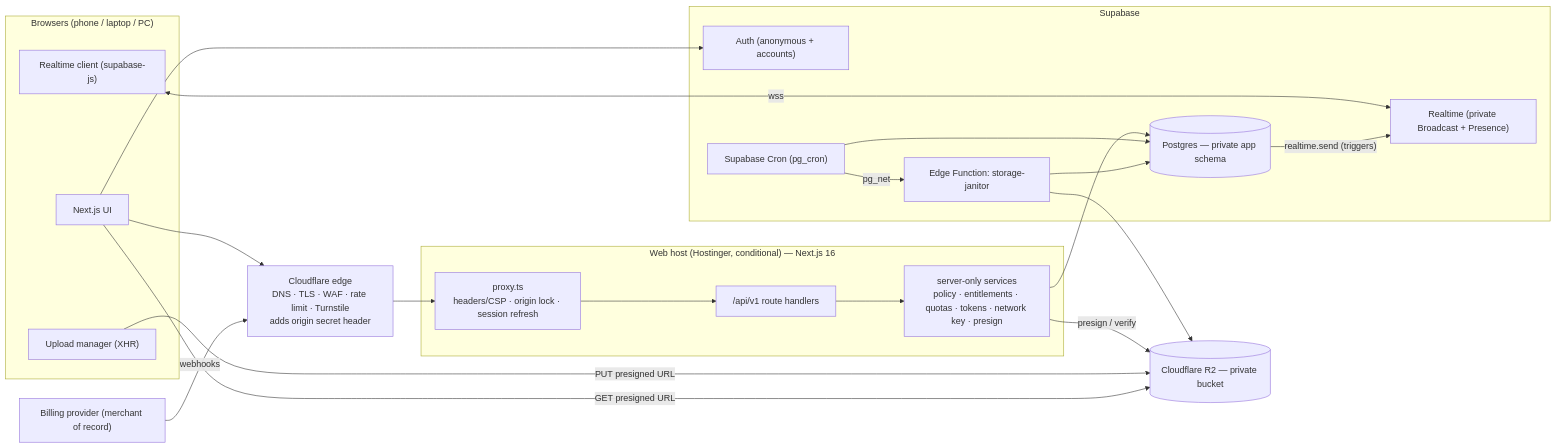
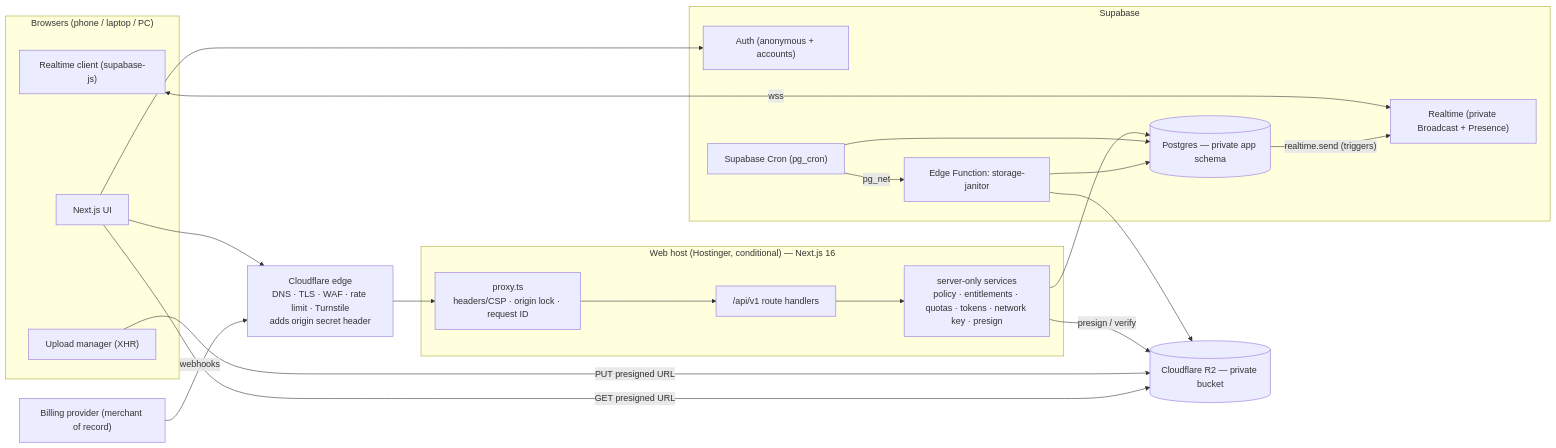
One commit to waqas-gul/local-saver changed the diagram in project-docs-workthrough/00-project-overview.md. Above: the diagram before and after it, drawn with Mermaid. The commit also changed 13 other files, not shown here.

````diff
--- a/project-docs-workthrough/00-project-overview.md
+++ b/project-docs-workthrough/00-project-overview.md
@@ -82,37 +82,37 @@
 ```mermaid
 flowchart LR
   subgraph Devices["Browsers (phone / laptop / PC)"]
     UI["Next.js UI"]
     UPL["Upload manager (XHR)"]
     RTC["Realtime client (supabase-js)"]
   end
   CF["Cloudflare edge<br/>DNS · TLS · WAF · rate limit · Turnstile<br/>adds origin secret header"]
   subgraph WEB["Web host (Hostinger, conditional) — Next.js 16"]
-    PX["proxy.ts<br/>headers/CSP · origin lock · session refresh"]
+    PX["proxy.ts<br/>headers/CSP · origin lock · request ID"]
     API["/api/v1 route handlers"]
     SVC["server-only services<br/>policy · entitlements · quotas · tokens · network key · presign"]
   end
   subgraph SB["Supabase"]
     AUTH["Auth (anonymous + accounts)"]
     PG[("Postgres — private app schema")]
     RT["Realtime (private Broadcast + Presence)"]
     CRON["Supabase Cron (pg_cron)"]
     JAN["Edge Function: storage-janitor"]
   end
   R2[("Cloudflare R2 — private bucket")]
   BILL["Billing provider (merchant of record)"]
 
   UI --> CF --> PX --> API --> SVC
   SVC --> PG
   SVC -- "presign / verify" --> R2
   UPL -- "PUT presigned URL" --> R2
   UI -- "GET presigned URL" --> R2
   RTC <-- "wss" --> RT
   UI --> AUTH
   PG -- "realtime.send (triggers)" --> RT
   CRON --> PG
   CRON -- "pg_net" --> JAN
   JAN --> R2
   JAN --> PG
   BILL -- "webhooks" --> CF
 ```
````
